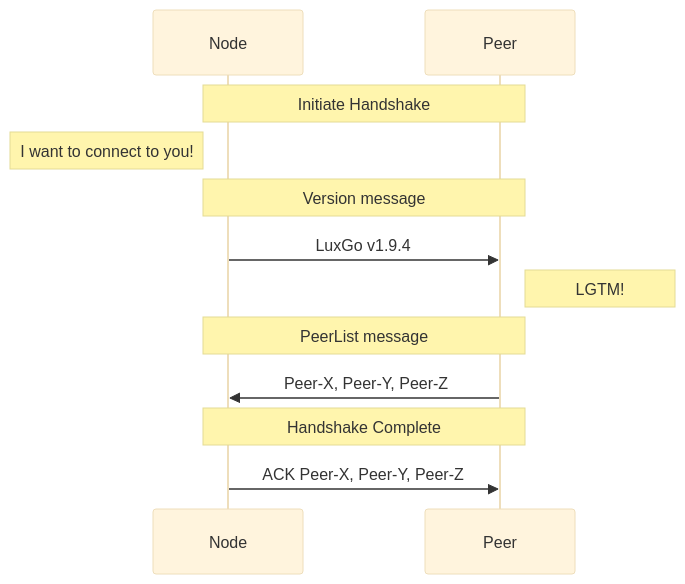
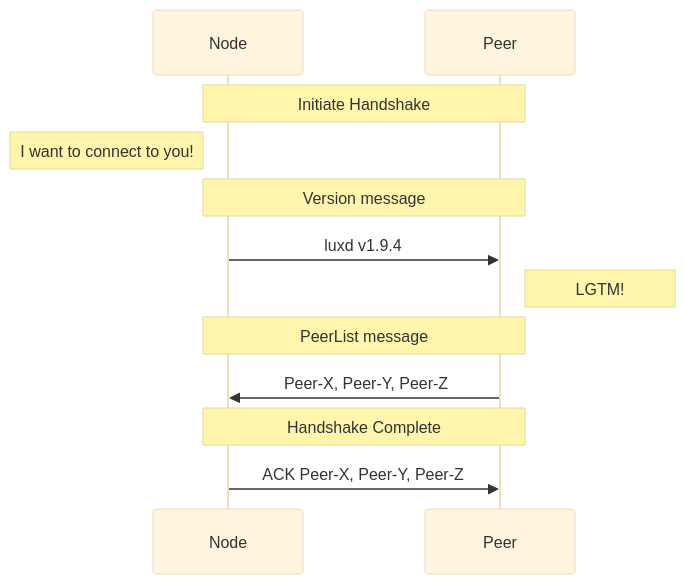
One commit to luxfi/node changed the third of 5 diagrams in network/README.md. Above: the diagram before and after it, drawn with Mermaid (base theme). The commit also changed other lines of this file and 34 other files, not shown here.

````diff
--- a/network/README.md
+++ b/network/README.md
@@ -72,12 +72,12 @@
 ```mermaid
 sequenceDiagram
 Note over Node,Peer: Initiate Handshake
 Note left of Node: I want to connect to you!
 Note over Node,Peer: Version message
-Node->>Peer: LuxGo v1.9.4
+Node->>Peer: luxd v1.9.4
 Note right of Peer: LGTM!
 Note over Node,Peer: PeerList message
 Peer->>Node: Peer-X, Peer-Y, Peer-Z
 Note over Node,Peer: Handshake Complete
 Node->>Peer: ACK Peer-X, Peer-Y, Peer-Z
 ```
````
